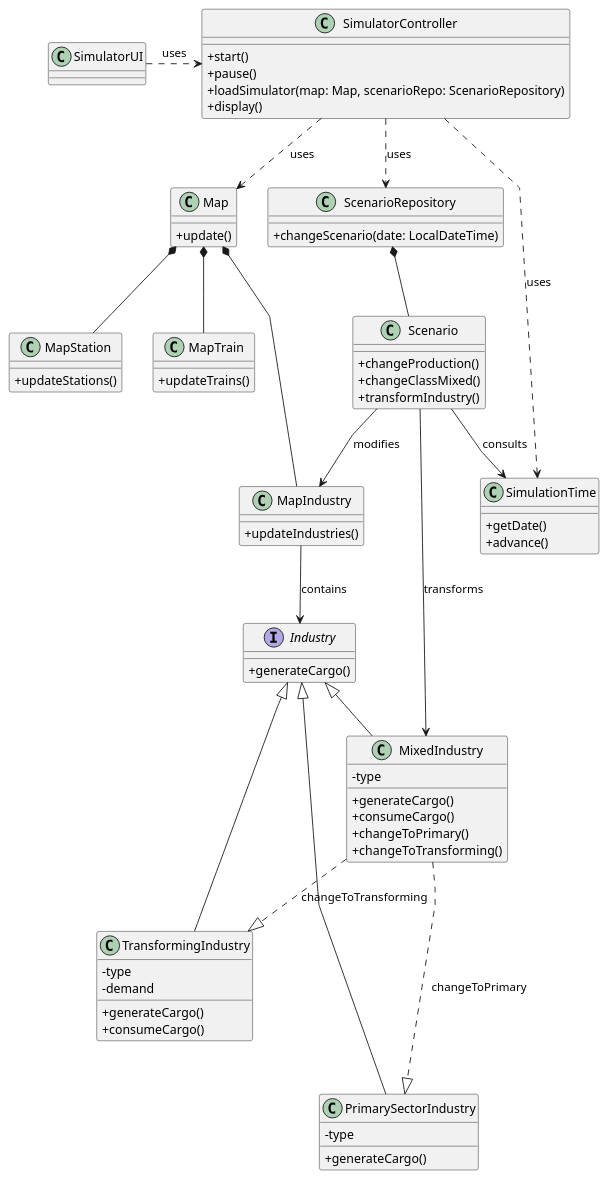
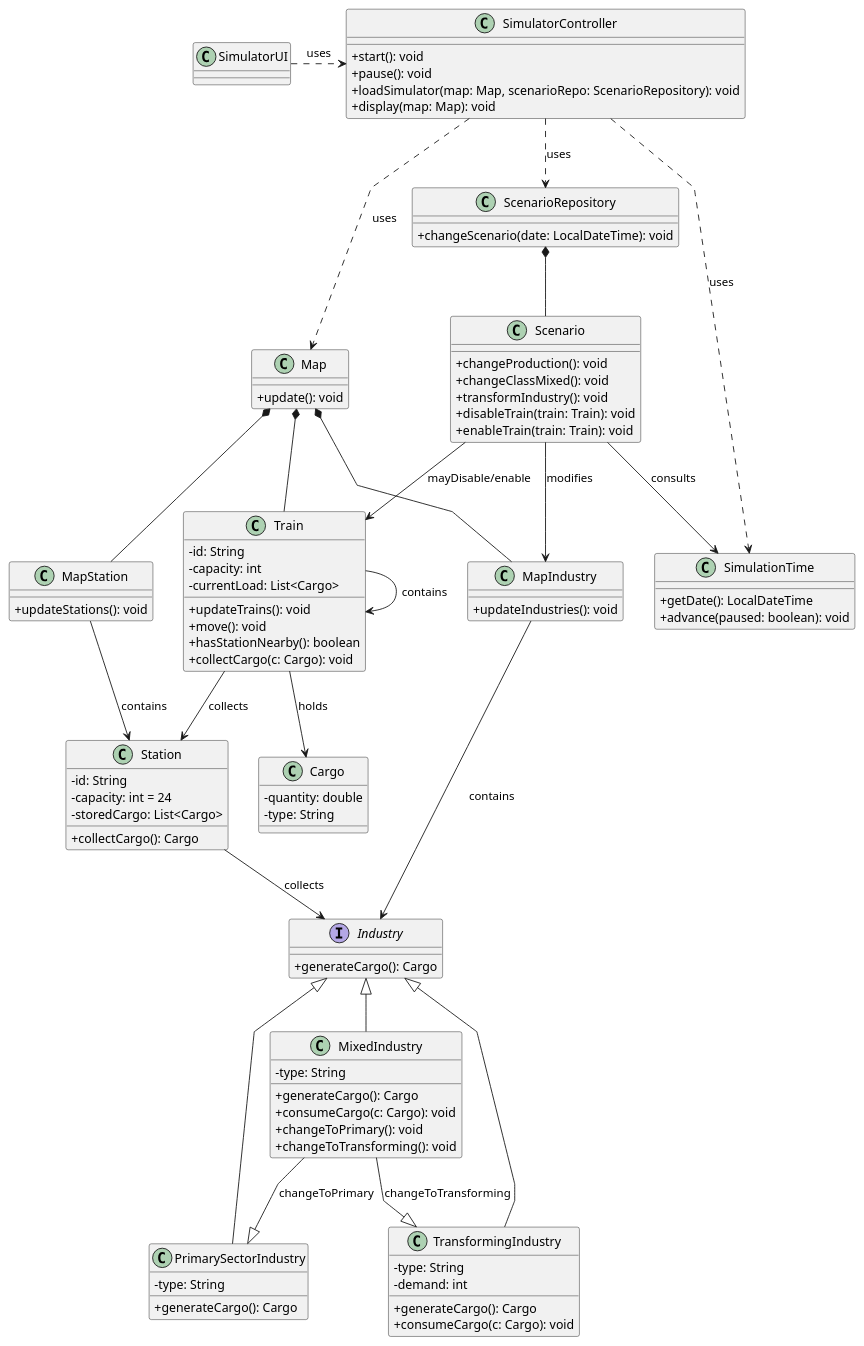
Before and after one commit to 1240826/empire-on-tracks: the diagram in docs/system-documentation/US012/03.design/puml/US0012-CD.puml, drawn with PlantUML. The commit also changed 20 other files, not shown here.

```diff
--- a/docs/system-documentation/US012/03.design/puml/US0012-CD.puml
+++ b/docs/system-documentation/US012/03.design/puml/US0012-CD.puml
@@ -1,111 +1,148 @@
 @startuml
 skinparam packageStyle rectangle
 skinparam shadowing false
 skinparam linetype polyline
 skinparam classAttributeIconSize 0
 
 '====================
 ' CLASSES PRINCIPAIS
 '====================
 
 class SimulatorUI {
 }
 
-class "SimulatorController"{
-    +start()
-    +pause()
-    +loadSimulator(map: Map, scenarioRepo: ScenarioRepository)
-    +display()
+class SimulatorController {
+    +start(): void
+    +pause(): void
+    +loadSimulator(map: Map, scenarioRepo: ScenarioRepository): void
+    +display(map: Map): void
 }
 
 class Map {
-    +update()
+    +update(): void
 }
 
 class SimulationTime {
-    +getDate()
-    +advance()
+    +getDate(): LocalDateTime
+    +advance(paused: boolean): void
 }
 
+class ScenarioRepository {
+    +changeScenario(date: LocalDateTime): void
+}
+
+class Scenario {
+    +changeProduction(): void
+    +changeClassMixed(): void
+    +transformIndustry(): void
+    +disableTrain(train: Train): void
+    +enableTrain(train: Train): void
+}
+
+'====================
+' CLASSES DE MAPA
+'====================
+
 class MapIndustry {
-    +updateIndustries()
+    +updateIndustries(): void
 }
 
 class MapStation {
-    +updateStations()
+    +updateStations(): void
 }
 
-class MapTrain {
-    +updateTrains()
-}
-
-class ScenarioRepository {
-    +changeScenario(date: LocalDateTime)
-}
-
-class Scenario {
-    +changeProduction()
-    +changeClassMixed()
-    +transformIndustry()
+class Train {
+    +updateTrains(): void
 }
 
 '====================
-' CLASSES DE INDÚSTRIA
+' ENTIDADES DO DOMÍNIO
 '====================
 
 interface Industry {
-    +generateCargo()
+    +generateCargo(): Cargo
 }
 
 class PrimarySectorIndustry {
-    -type
-    +generateCargo()
+    -type: String
+    +generateCargo(): Cargo
 }
 
 class TransformingIndustry {
-    -type
-    -demand
-    +generateCargo()
-    +consumeCargo()
+    -type: String
+    -demand: int
+    +generateCargo(): Cargo
+    +consumeCargo(c: Cargo): void
 }
 
 class MixedIndustry {
-    -type
-    +generateCargo()
-    +consumeCargo()
-    +changeToPrimary()
-    +changeToTransforming()
+    -type: String
+    +generateCargo(): Cargo
+    +consumeCargo(c: Cargo): void
+    +changeToPrimary(): void
+    +changeToTransforming(): void
+}
+
+class Station {
+    -id: String
+    -capacity: int = 24
+    -storedCargo: List<Cargo>
+    +collectCargo(): Cargo
+}
+
+class Train {
+    -id: String
+    -capacity: int
+    -currentLoad: List<Cargo>
+    +move(): void
+    +hasStationNearby(): boolean
+    +collectCargo(c: Cargo): void
+}
+
+class Cargo {
+    -quantity: double
+    -type: String
 }
 
 '====================
 ' RELACIONAMENTOS
 '====================
 
 SimulatorUI .> SimulatorController : uses
 
 SimulatorController ..> Map : uses
 SimulatorController ..> SimulationTime : uses
 SimulatorController ..> ScenarioRepository : uses
 
 Map *-- MapIndustry
 Map *-- MapStation
-Map *-- MapTrain
+Map *-- Train
 
 ScenarioRepository *-- Scenario
 
 Scenario --> SimulationTime : consults
 Scenario --> MapIndustry : modifies
-Scenario --> MixedIndustry : transforms
 
-' Herança das indústrias
+Scenario --> Train : mayDisable/enable
+
+' Herança e composições
 Industry <|-- PrimarySectorIndustry
 Industry <|-- TransformingIndustry
 Industry <|-- MixedIndustry
 
+MapIndustry --> Industry : contains
+MapStation --> Station : contains
+Train --> Train : contains
+
+' Estações coletam de Indústrias
+Station --> Industry : collects
+
+' Trens interagem com Estações
+Train --> Station : collects
+Train --> Cargo : holds
+
 ' Transformação entre indústrias
-MapIndustry --> Industry: contains
-
-MixedIndustry ...|> PrimarySectorIndustry : changeToPrimary
-MixedIndustry ..|> TransformingIndustry : changeToTransforming
+MixedIndustry --|> PrimarySectorIndustry : changeToPrimary
+MixedIndustry --|> TransformingIndustry : changeToTransforming
 
 @enduml
```
